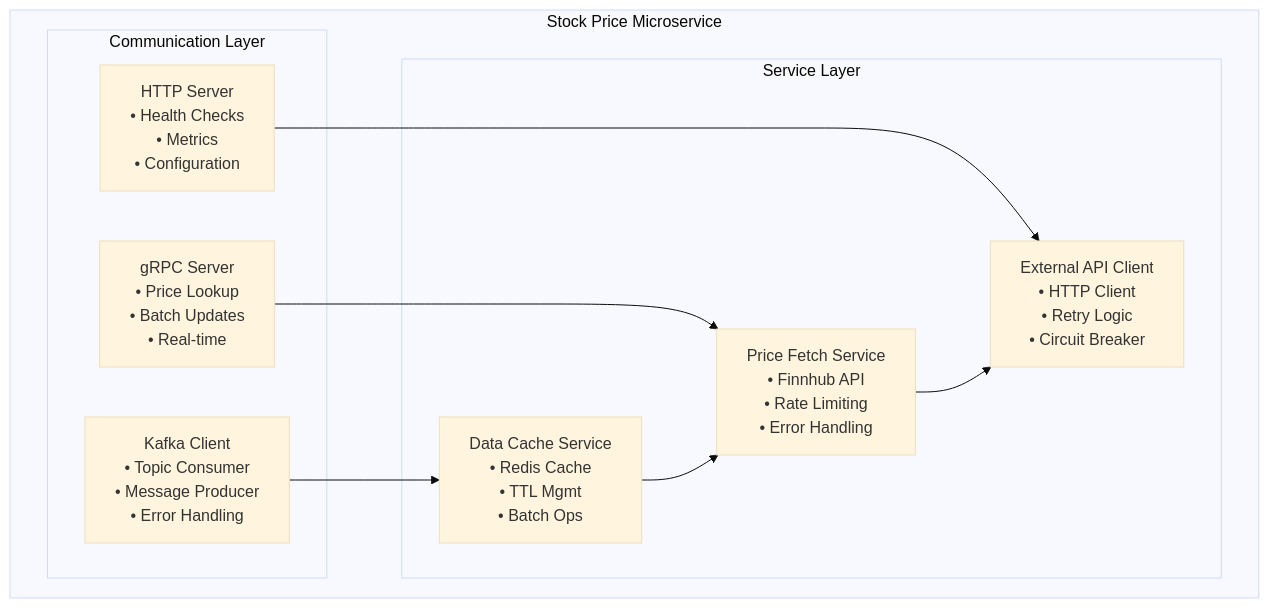
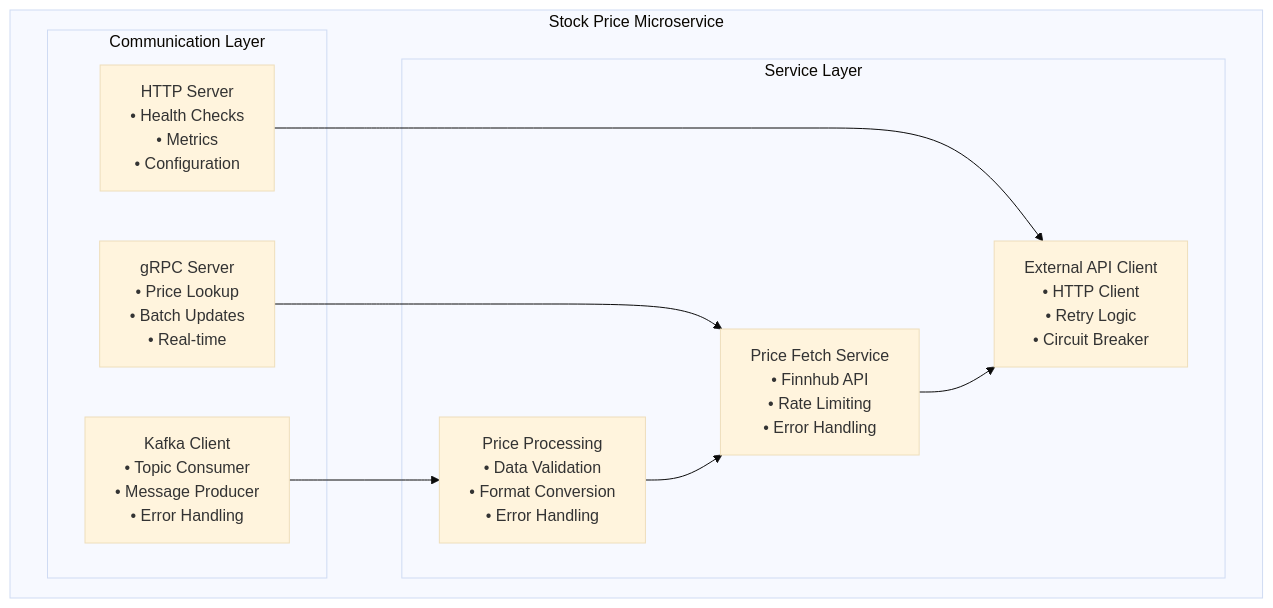
One commit to firasastwani/Personal-Investment-Portfolio-Manager changed the second of 2 diagrams in ARCHITECTURE.md. Above: the diagram before and after it, drawn with Mermaid (base theme). The commit also changed other lines of this file and 1 other file, not shown here.

````diff
--- a/ARCHITECTURE.md
+++ b/ARCHITECTURE.md
@@ -90,22 +91,22 @@
 ```mermaid
 graph TB
     subgraph "Stock Price Microservice"
         subgraph "Communication Layer"
             A[gRPC Server<br/>• Price Lookup<br/>• Batch Updates<br/>• Real-time]
             B[Kafka Client<br/>• Topic Consumer<br/>• Message Producer<br/>• Error Handling]
             C[HTTP Server<br/>• Health Checks<br/>• Metrics<br/>• Configuration]
         end
 
         subgraph "Service Layer"
             D[Price Fetch Service<br/>• Finnhub API<br/>• Rate Limiting<br/>• Error Handling]
-            E[Data Cache Service<br/>• Redis Cache<br/>• TTL Mgmt<br/>• Batch Ops]
+            E[Price Processing<br/>• Data Validation<br/>• Format Conversion<br/>• Error Handling]
             F[External API Client<br/>• HTTP Client<br/>• Retry Logic<br/>• Circuit Breaker]
         end
     end
 
     A --> D
     B --> E
     C --> F
     D --> F
     E --> D
 ```
````
